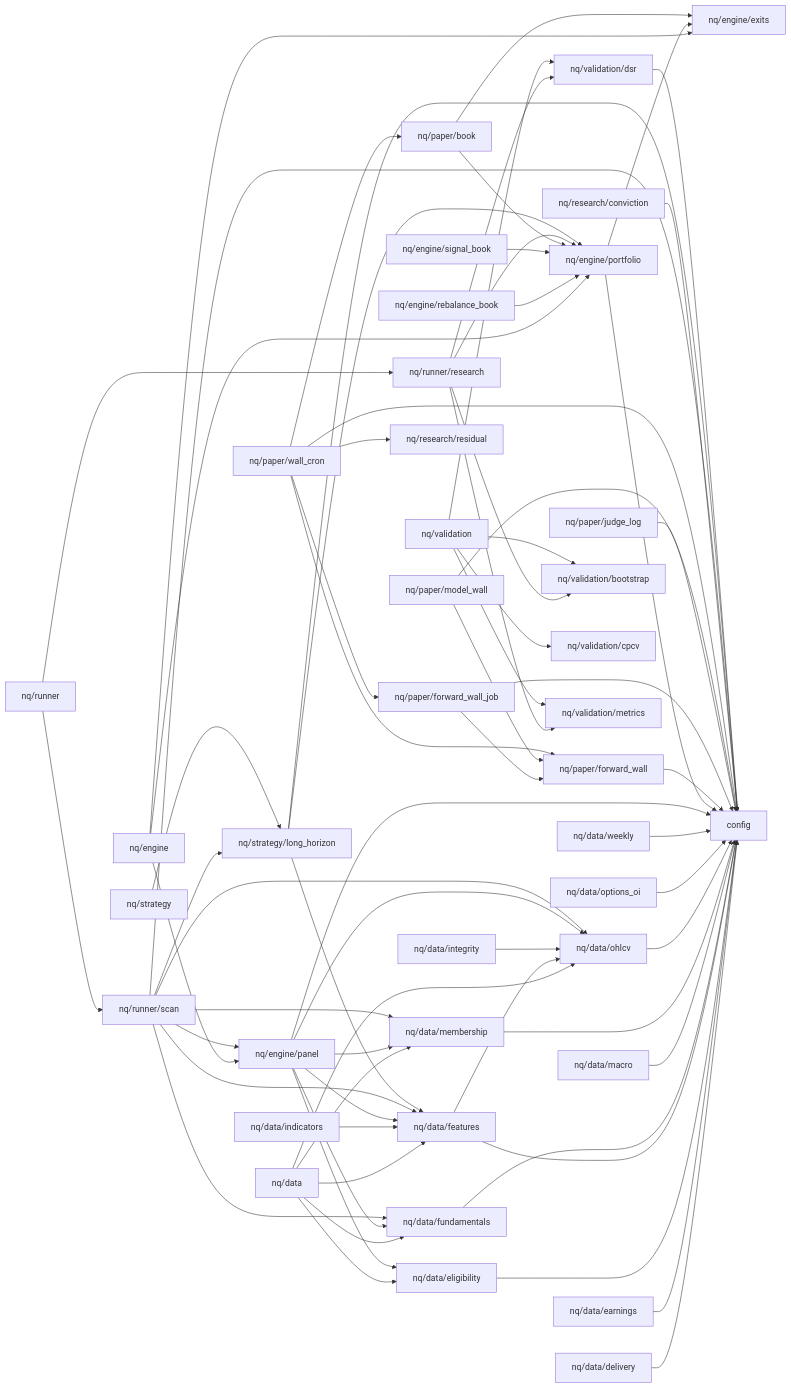
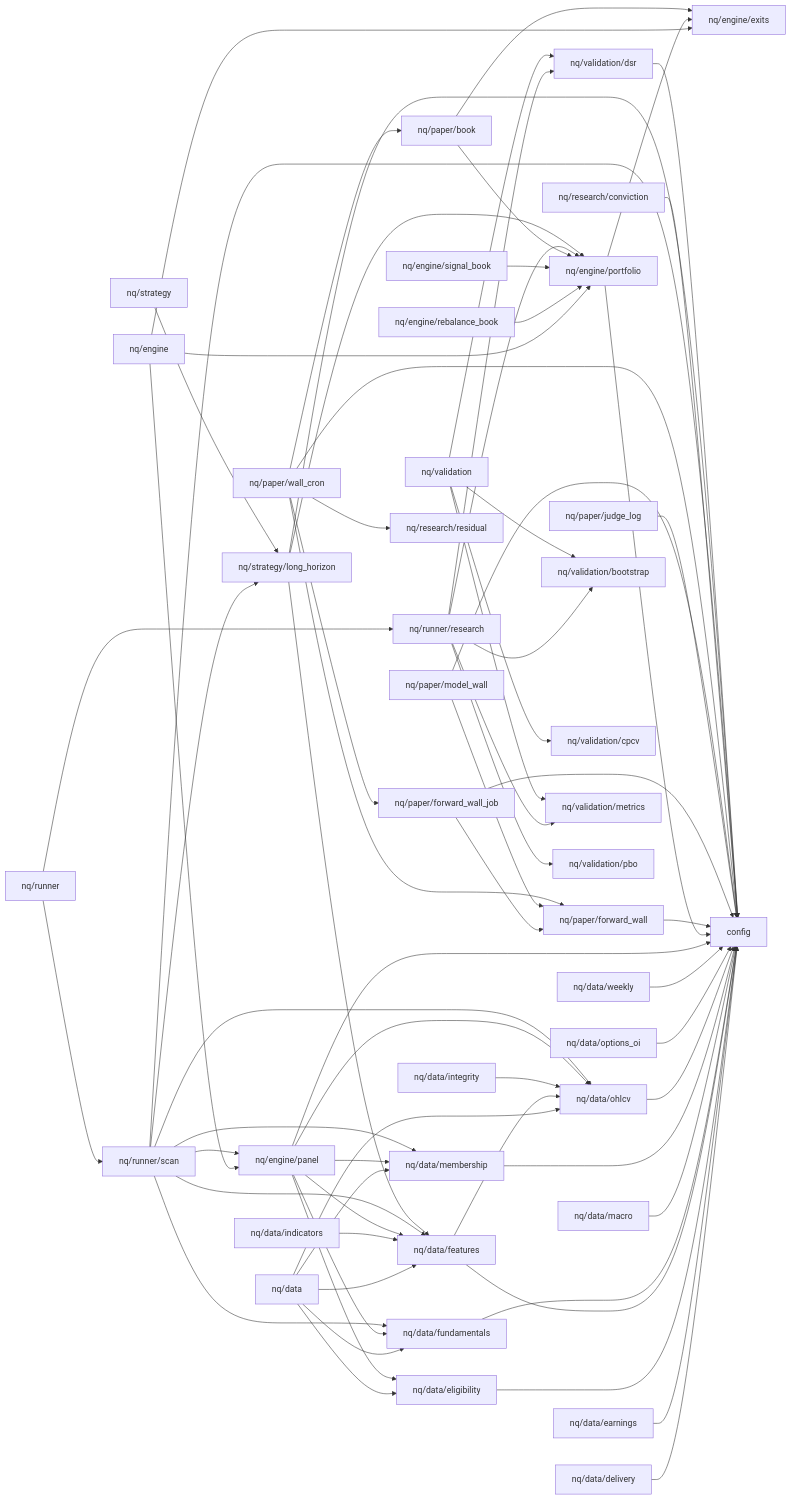
One commit to kreeshpatel/nifty-satvik changed the diagram in docs/DEPENDENCY_MAP.md. Above: the diagram before and after it, drawn with Mermaid. The commit also changed 4 other files, not shown here.

```diff
--- a/docs/DEPENDENCY_MAP.md
+++ b/docs/DEPENDENCY_MAP.md
@@ -46,6 +46,7 @@
     nq_validation_cpcv["nq/validation/cpcv"]
     nq_validation_dsr["nq/validation/dsr"]
     nq_validation_metrics["nq/validation/metrics"]
+    nq_validation_pbo["nq/validation/pbo"]
     nq_data --> nq_data_eligibility
     nq_data --> nq_data_features
     nq_data --> nq_data_fundamentals
@@ -97,6 +98,7 @@
     nq_runner_research --> nq_validation_bootstrap
     nq_runner_research --> nq_validation_dsr
     nq_runner_research --> nq_validation_metrics
+    nq_runner_research --> nq_validation_pbo
     nq_runner_scan --> config
     nq_runner_scan --> nq_data_features
     nq_runner_scan --> nq_data_fundamentals
```
